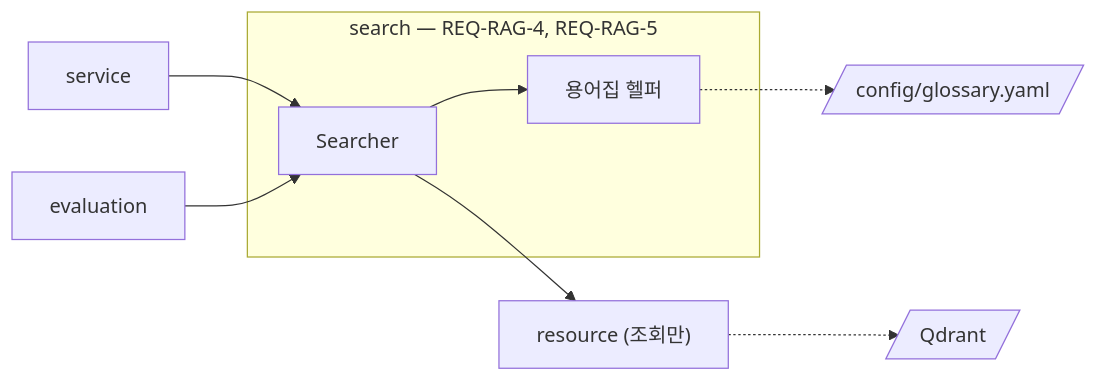
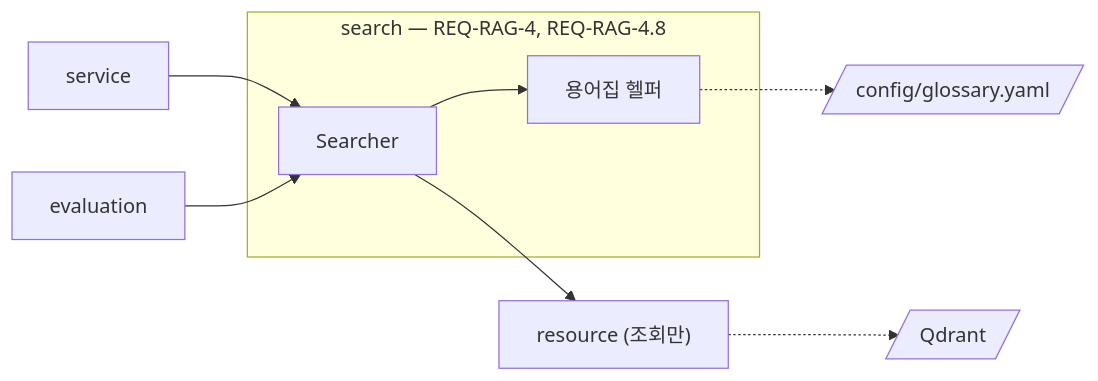
One commit to victor7-aquila/minerva changed the first of 3 diagrams in apps/rag-server/src/minerva_rag/search/MODULE.md. Above: the diagram before and after it, drawn with Mermaid. The commit also changed other lines of this file and 10 other files, not shown here.

First line of the commit message:
docs: RAG Server 하위 문서를 REQ REV-2 번호로 맞추고 PR 리뷰 지적 반영

````diff
--- a/apps/rag-server/src/minerva_rag/search/MODULE.md
+++ b/apps/rag-server/src/minerva_rag/search/MODULE.md
@@ -53,11 +53,11 @@
 ```mermaid
 flowchart LR
     Service["service"] --> Searcher
     Evaluation["evaluation"] --> Searcher
-    subgraph Boundary["search — REQ-RAG-4, REQ-RAG-5"]
+    subgraph Boundary["search — REQ-RAG-4, REQ-RAG-4.8"]
         Searcher["Searcher"] --> Glossary["용어집 헬퍼"]
     end
     Glossary -.-> File[/"config/glossary.yaml"/]
     Searcher --> Resource["resource (조회만)"]
     Resource -.-> Qdrant[/"Qdrant"/]
 ```
````
